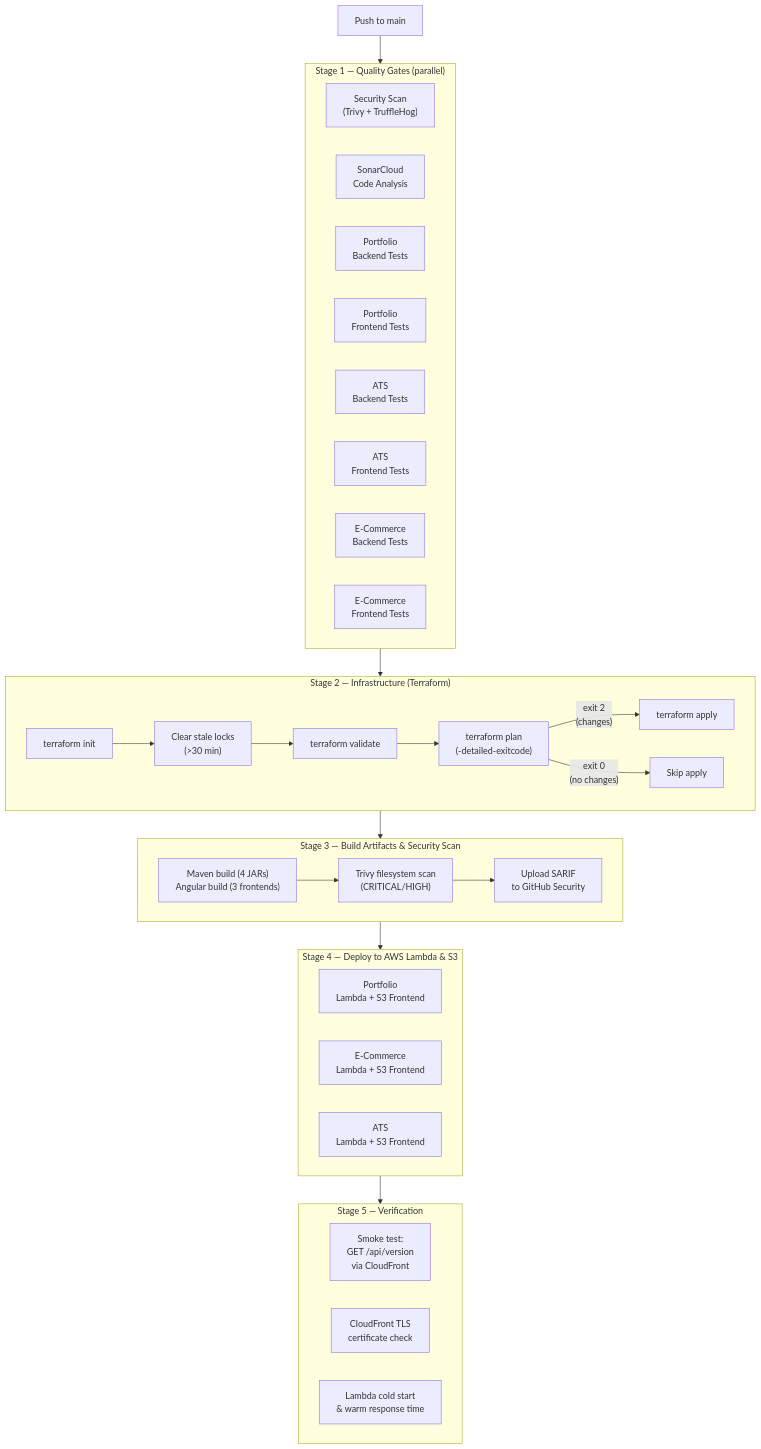
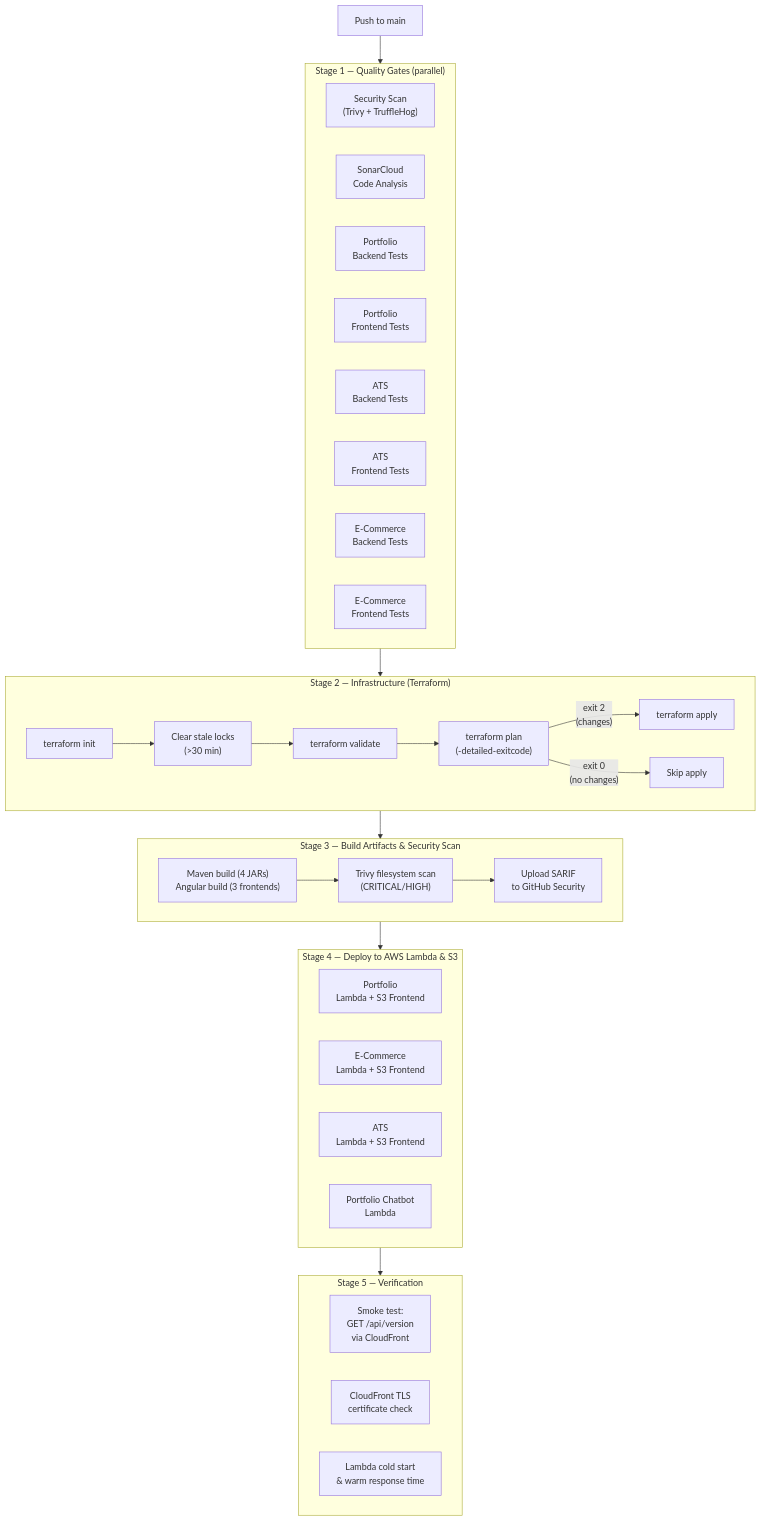
The second of 5 diagrams in portfolio-frontend/public/docs/DEVOPS_INFRASTRUCTURE.md (clark22134/MyPortfolioWebsite), drawn with Mermaid before and after one commit. The commit also changed other lines of this file and 36 other files, not shown here.

````diff
--- a/portfolio-frontend/public/docs/DEVOPS_INFRASTRUCTURE.md
+++ b/portfolio-frontend/public/docs/DEVOPS_INFRASTRUCTURE.md
@@ -67,45 +67,46 @@
 ```mermaid
 graph TD
     Push["Push to main"] --> Gate
 
     subgraph Gate["Stage 1 — Quality Gates (parallel)"]
         Security["Security Scan<br/>(Trivy + TruffleHog)"]
         SQ["SonarCloud<br/>Code Analysis"]
         TB1["Portfolio<br/>Backend Tests"]
         TF1["Portfolio<br/>Frontend Tests"]
         TB2["ATS<br/>Backend Tests"]
         TF2["ATS<br/>Frontend Tests"]
         TB3["E-Commerce<br/>Backend Tests"]
         TF3["E-Commerce<br/>Frontend Tests"]
     end
 
     Gate --> TF["Stage 2 — Terraform"]
     subgraph TF["Stage 2 — Infrastructure (Terraform)"]
         Init["terraform init"] --> Lock["Clear stale locks<br/>(>30 min)"]
         Lock --> Validate["terraform validate"]
         Validate --> Plan["terraform plan<br/>(-detailed-exitcode)"]
         Plan -->|"exit 2<br/>(changes)"| Apply["terraform apply"]
         Plan -->|"exit 0<br/>(no changes)"| Skip["Skip apply"]
     end
 
     TF --> Build["Stage 3 — Build & Scan"]
     subgraph Build["Stage 3 — Build Artifacts & Security Scan"]
         B1["Maven build (4 JARs)<br/>Angular build (3 frontends)"]
         B1 --> Scan["Trivy filesystem scan<br/>(CRITICAL/HIGH)"]
         Scan --> SARIF["Upload SARIF<br/>to GitHub Security"]
     end
 
     Build --> Deploy["Stage 4 — Serverless Deploy (parallel)"]
     subgraph Deploy["Stage 4 — Deploy to AWS Lambda & S3"]
         DP["Portfolio<br/>Lambda + S3 Frontend"]
         DE["E-Commerce<br/>Lambda + S3 Frontend"]
         DA["ATS<br/>Lambda + S3 Frontend"]
+        DC["Portfolio Chatbot<br/>Lambda"]
     end
 
     Deploy --> Verify["Stage 5 — Post-Deploy"]
     subgraph Verify["Stage 5 — Verification"]
         Smoke["Smoke test:<br/>GET /api/version<br/>via CloudFront"]
         TLS["CloudFront TLS<br/>certificate check"]
         Perf["Lambda cold start<br/>& warm response time"]
     end
 ```
````
